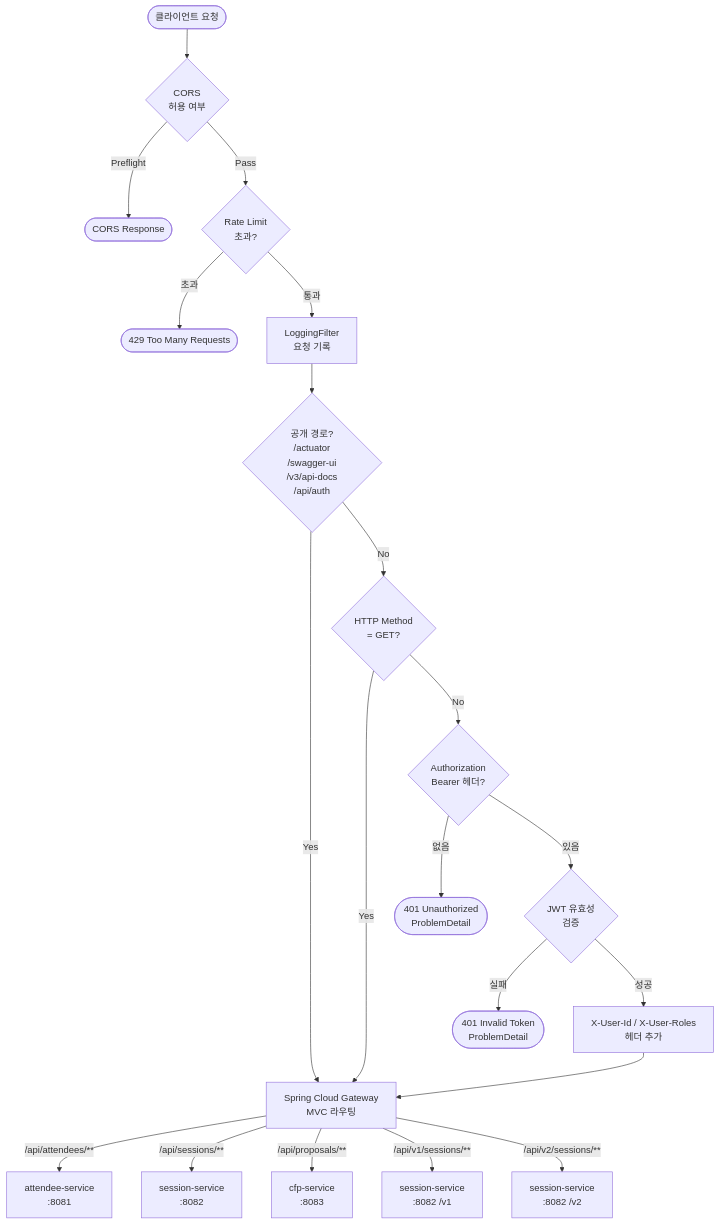
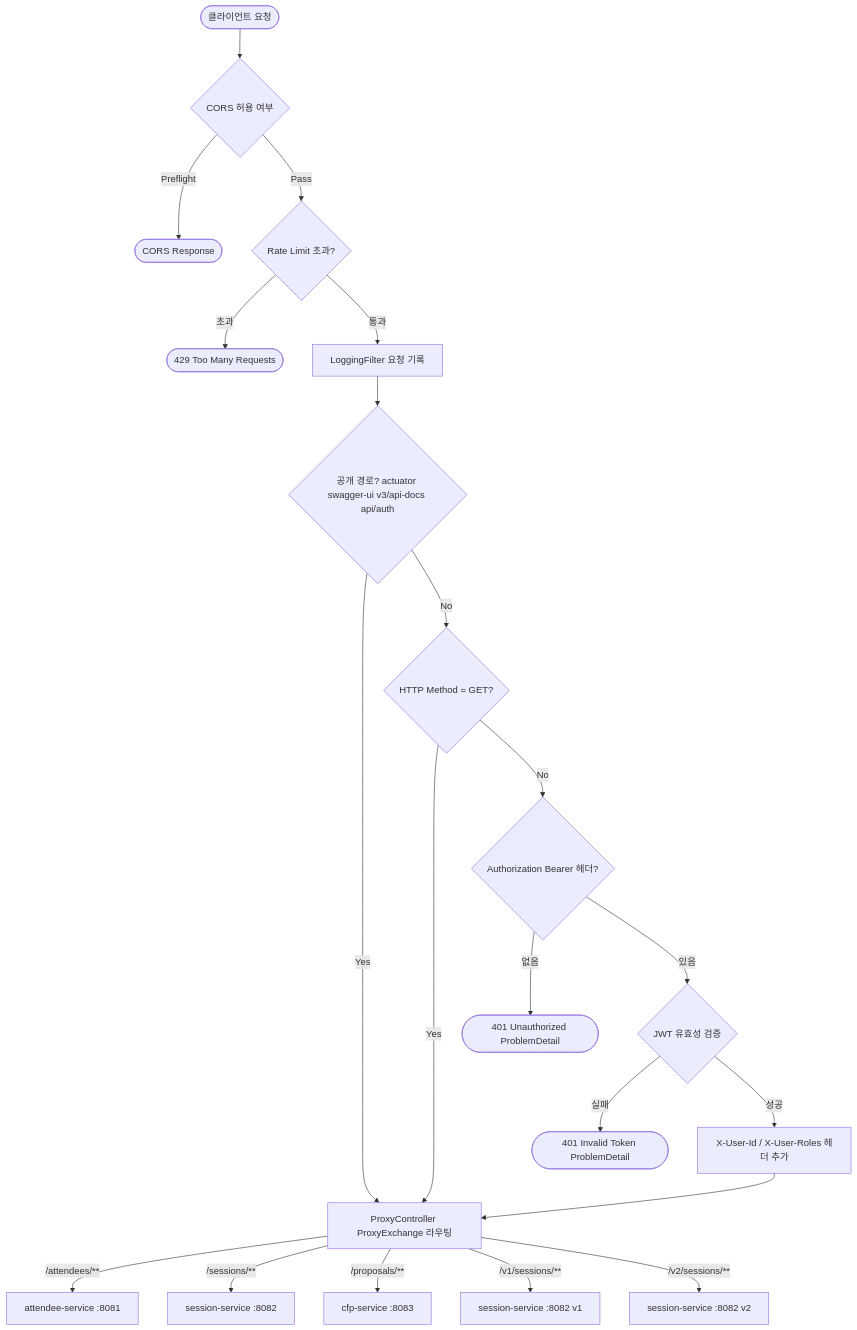
The fifth of 23 diagrams in docs/ARCHITECTURE.md (janghoesoo1/pact-conference-demo-phase1), drawn with Mermaid before and after one commit. The commit also changed other lines of this file and 6 other files, not shown here.

First line of the commit message:
feat: Gateway ProxyExchange 라우팅, JWT 필터 수정, 아키텍처 문서 보강

````diff
--- a/docs/ARCHITECTURE.md
+++ b/docs/ARCHITECTURE.md
@@ -422,23 +414,23 @@
 ```mermaid
 flowchart TD
-    REQ([클라이언트 요청]) --> CORS{CORS\n허용 여부}
+    REQ([클라이언트 요청]) --> CORS{"CORS 허용 여부"}
     CORS -->|Preflight| CORS_RES([CORS Response])
-    CORS -->|Pass| RATE{Rate Limit\n초과?}
+    CORS -->|Pass| RATE{"Rate Limit 초과?"}
     RATE -->|초과| RATE_ERR([429 Too Many Requests])
-    RATE -->|통과| LOG[LoggingFilter\n요청 기록]
-    LOG --> PUBLIC{공개 경로?\n/actuator\n/swagger-ui\n/v3/api-docs\n/api/auth}
-    PUBLIC -->|Yes| ROUTE[Spring Cloud Gateway\nMVC 라우팅]
-    PUBLIC -->|No| METHOD{HTTP Method\n= GET?}
+    RATE -->|통과| LOG["LoggingFilter 요청 기록"]
+    LOG --> PUBLIC{"공개 경로? actuator swagger-ui v3/api-docs api/auth"}
+    PUBLIC -->|Yes| ROUTE["ProxyController ProxyExchange 라우팅"]
+    PUBLIC -->|No| METHOD{"HTTP Method = GET?"}
     METHOD -->|Yes| ROUTE
-    METHOD -->|No| JWT{Authorization\nBearer 헤더?}
-    JWT -->|없음| ERR401([401 Unauthorized\nProblemDetail])
-    JWT -->|있음| VALID{JWT 유효성\n검증}
-    VALID -->|실패| ERR401_2([401 Invalid Token\nProblemDetail])
-    VALID -->|성공| HEADER[X-User-Id / X-User-Roles\n헤더 추가]
+    METHOD -->|No| JWT{"Authorization Bearer 헤더?"}
+    JWT -->|없음| ERR401(["401 Unauthorized ProblemDetail"])
+    JWT -->|있음| VALID{"JWT 유효성 검증"}
+    VALID -->|실패| ERR401_2(["401 Invalid Token ProblemDetail"])
+    VALID -->|성공| HEADER["X-User-Id / X-User-Roles 헤더 추가"]
     HEADER --> ROUTE
-    ROUTE -->|/api/attendees/**| ATT[attendee-service\n:8081]
-    ROUTE -->|/api/sessions/**| SES[session-service\n:8082]
-    ROUTE -->|/api/proposals/**| CFP[cfp-service\n:8083]
-    ROUTE -->|/api/v1/sessions/**| SES_V1[session-service\n:8082 /v1]
-    ROUTE -->|/api/v2/sessions/**| SES_V2[session-service\n:8082 /v2]
+    ROUTE -->|"/attendees/**"| ATT["attendee-service :8081"]
+    ROUTE -->|"/sessions/**"| SES["session-service :8082"]
+    ROUTE -->|"/proposals/**"| CFP["cfp-service :8083"]
+    ROUTE -->|"/v1/sessions/**"| SES_V1["session-service :8082 v1"]
+    ROUTE -->|"/v2/sessions/**"| SES_V2["session-service :8082 v2"]
 ```
````
